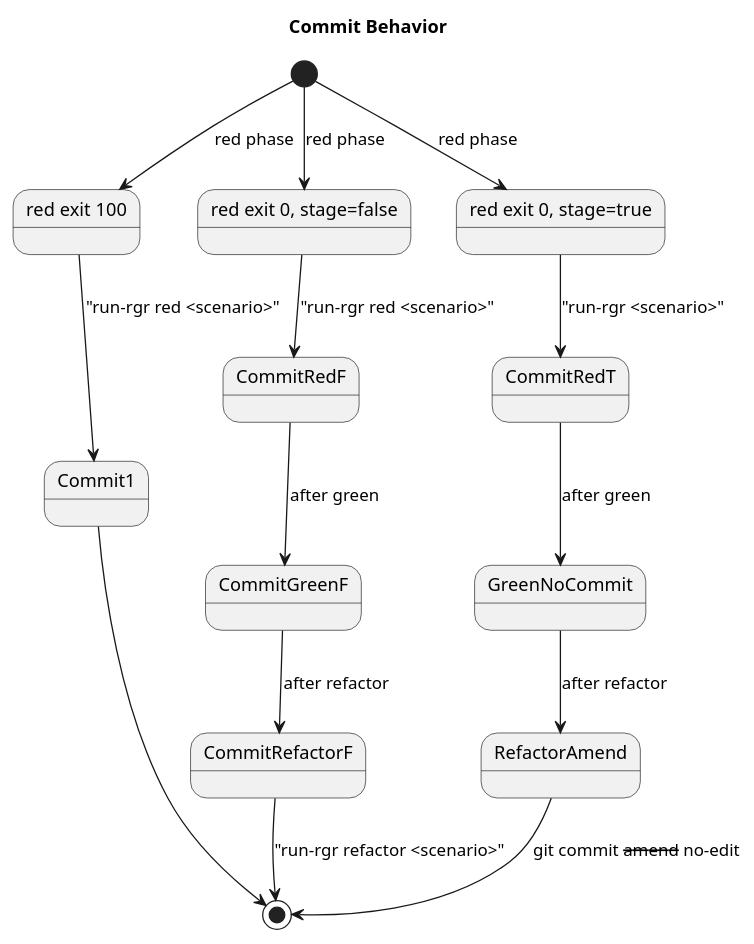
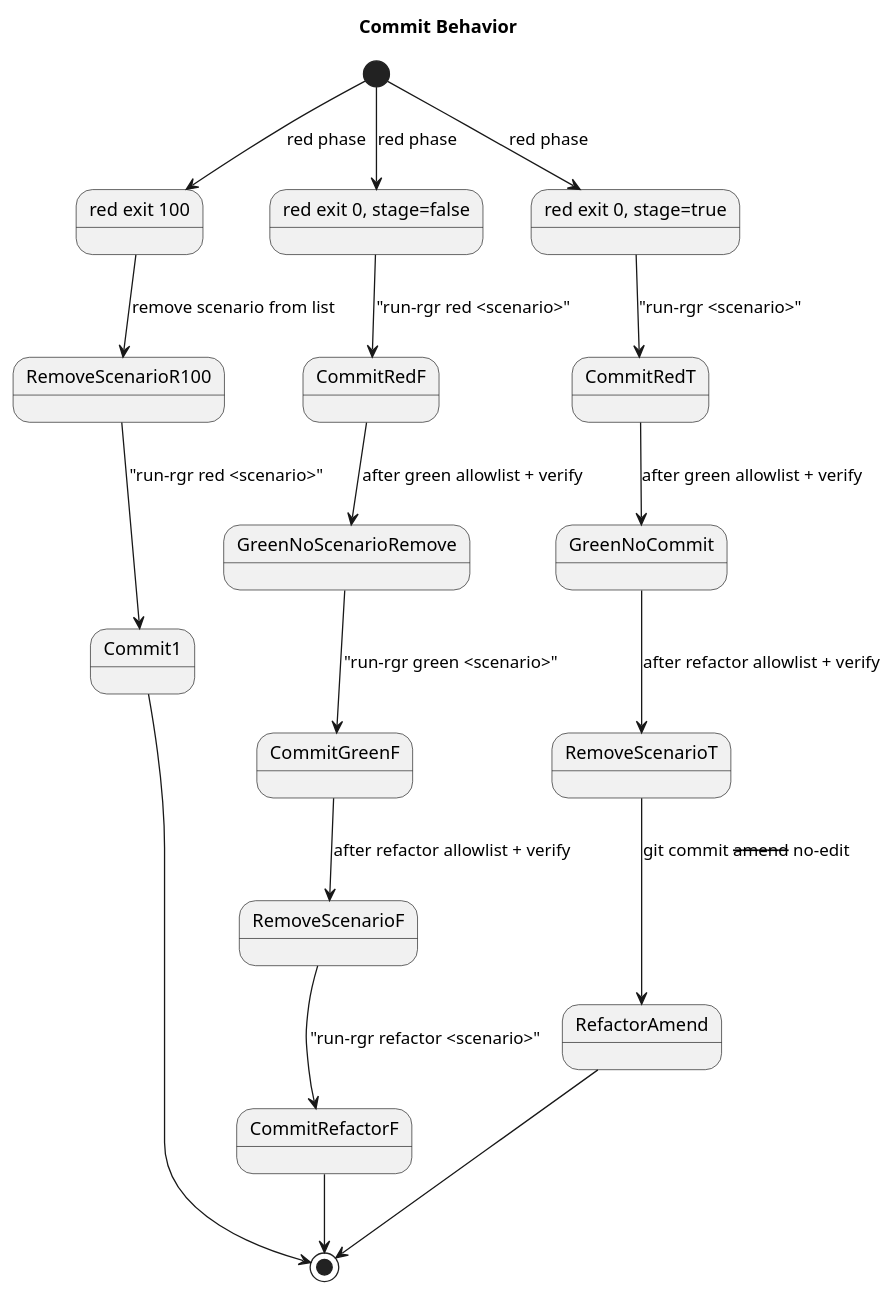
One commit to farhan5248/sheep-dog-qa changed diagram 13 of 14 in sheep-dog-features/src/test/resources/asciidoc/specs/Darmok/model.md. Above: the diagram before and after it, drawn with PlantUML. The commit also changed other lines of this file and 3 other files, not shown here.

````diff
--- a/sheep-dog-features/src/test/resources/asciidoc/specs/Darmok/model.md
+++ b/sheep-dog-features/src/test/resources/asciidoc/specs/Darmok/model.md
@@ -466,27 +470,31 @@
 ```plantuml
 @startuml
 title Commit Behavior
 
 state "red exit 100" as R100
 state "red exit 0, stage=false" as R0F
 state "red exit 0, stage=true"  as R0T
 
 [*] --> R100 : red phase
 [*] --> R0F  : red phase
 [*] --> R0T  : red phase
 
-R100 --> Commit1 : "run-rgr red <scenario>"
+R100 --> RemoveScenarioR100 : remove scenario from list
+RemoveScenarioR100 --> Commit1 : "run-rgr red <scenario>"
 Commit1 --> [*]
 
 R0F  --> CommitRedF   : "run-rgr red <scenario>"
-CommitRedF --> CommitGreenF : after green
-CommitGreenF --> CommitRefactorF : after refactor
-CommitRefactorF --> [*] : "run-rgr refactor <scenario>"
+CommitRedF --> GreenNoScenarioRemove : after green allowlist + verify
+GreenNoScenarioRemove --> CommitGreenF : "run-rgr green <scenario>"
+CommitGreenF --> RemoveScenarioF : after refactor allowlist + verify
+RemoveScenarioF --> CommitRefactorF : "run-rgr refactor <scenario>"
+CommitRefactorF --> [*]
 
 R0T  --> CommitRedT   : "run-rgr <scenario>"
-CommitRedT --> GreenNoCommit : after green
-GreenNoCommit --> RefactorAmend : after refactor
-RefactorAmend --> [*] : git commit --amend --no-edit
+CommitRedT --> GreenNoCommit : after green allowlist + verify
+GreenNoCommit --> RemoveScenarioT : after refactor allowlist + verify
+RemoveScenarioT --> RefactorAmend : git commit --amend --no-edit
+RefactorAmend --> [*]
 
 @enduml
 ```
````
